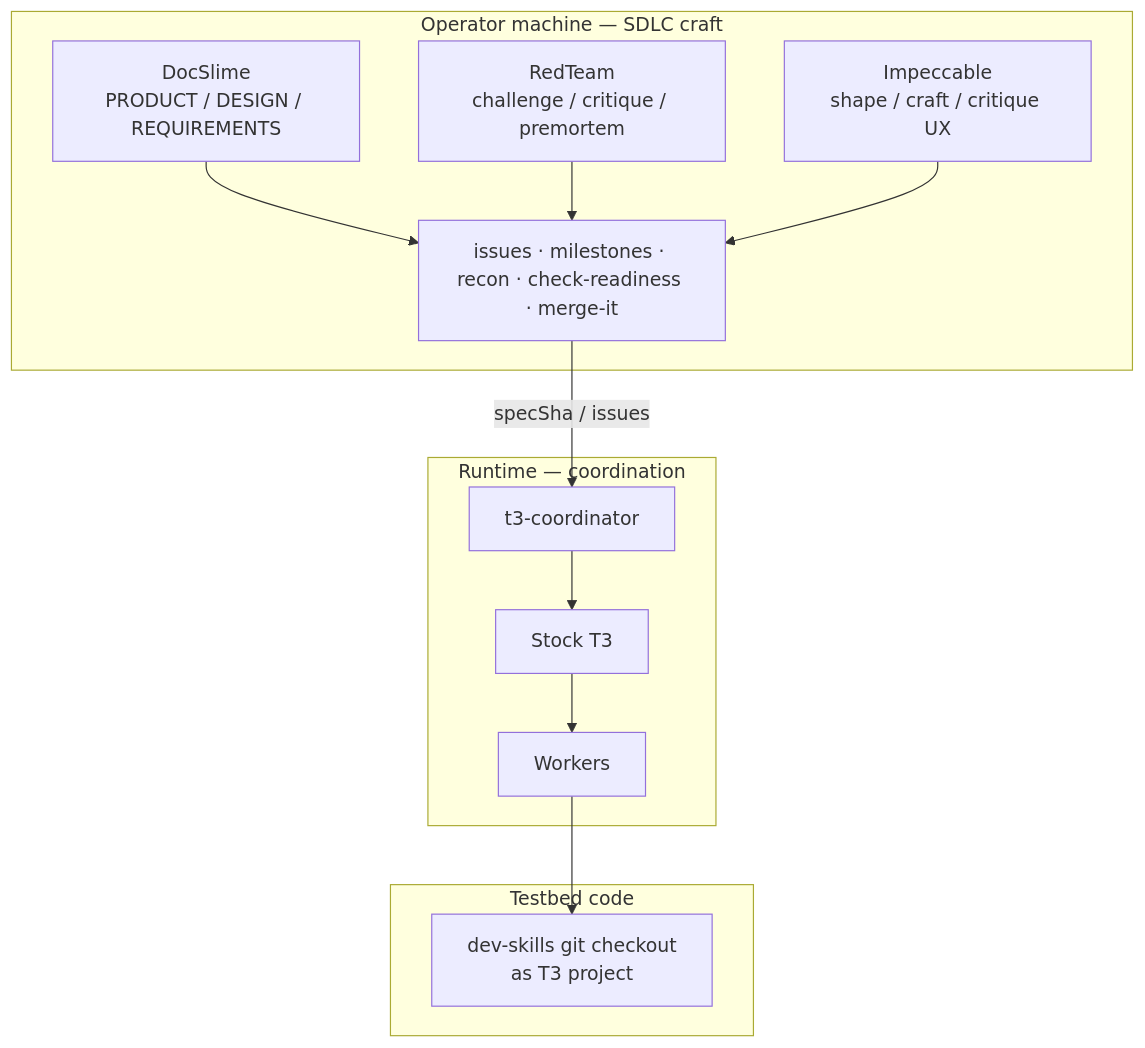
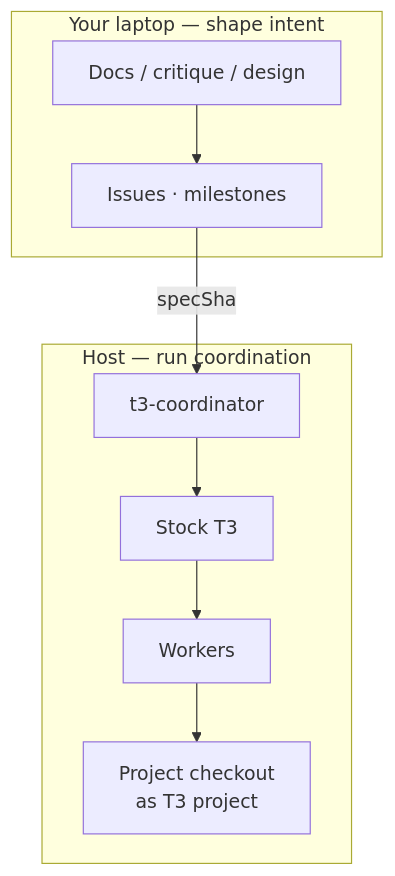
The diagram in docs/experience/TESTBED.md (DecisionNerd/t3-coordinator), drawn with Mermaid before and after one commit. The commit also changed other lines of this file and 35 other files, not shown here.

````diff
--- a/docs/experience/TESTBED.md
+++ b/docs/experience/TESTBED.md
@@ -10,24 +5,18 @@
 ```mermaid
 flowchart TB
-  subgraph operator ["Operator machine — SDLC craft"]
-    DS["DocSlime\nPRODUCT / DESIGN / REQUIREMENTS"]
-    RT["RedTeam\nchallenge / critique / premortem"]
-    IM["Impeccable\nshape / craft / critique UX"]
-    GH["issues · milestones · recon · check-readiness · merge-it"]
+  subgraph laptop ["Your laptop — shape intent"]
+    Docs["Docs / critique / design"]
+    GH["Issues · milestones"]
   end
-  subgraph runtime ["Runtime — coordination"]
+  subgraph host ["Host — run coordination"]
     TC["t3-coordinator"]
     T3["Stock T3"]
     W["Workers"]
+    Repo["Project checkout\nas T3 project"]
   end
-  subgraph testbed ["Testbed code"]
-    Repo["dev-skills git checkout\nas T3 project"]
-  end
-  DS --> GH
-  RT --> GH
-  IM --> GH
-  GH -->|"specSha / issues"| TC
+  Docs --> GH
+  GH -->|"specSha"| TC
   TC --> T3
   T3 --> W
   W --> Repo
 ```
````
